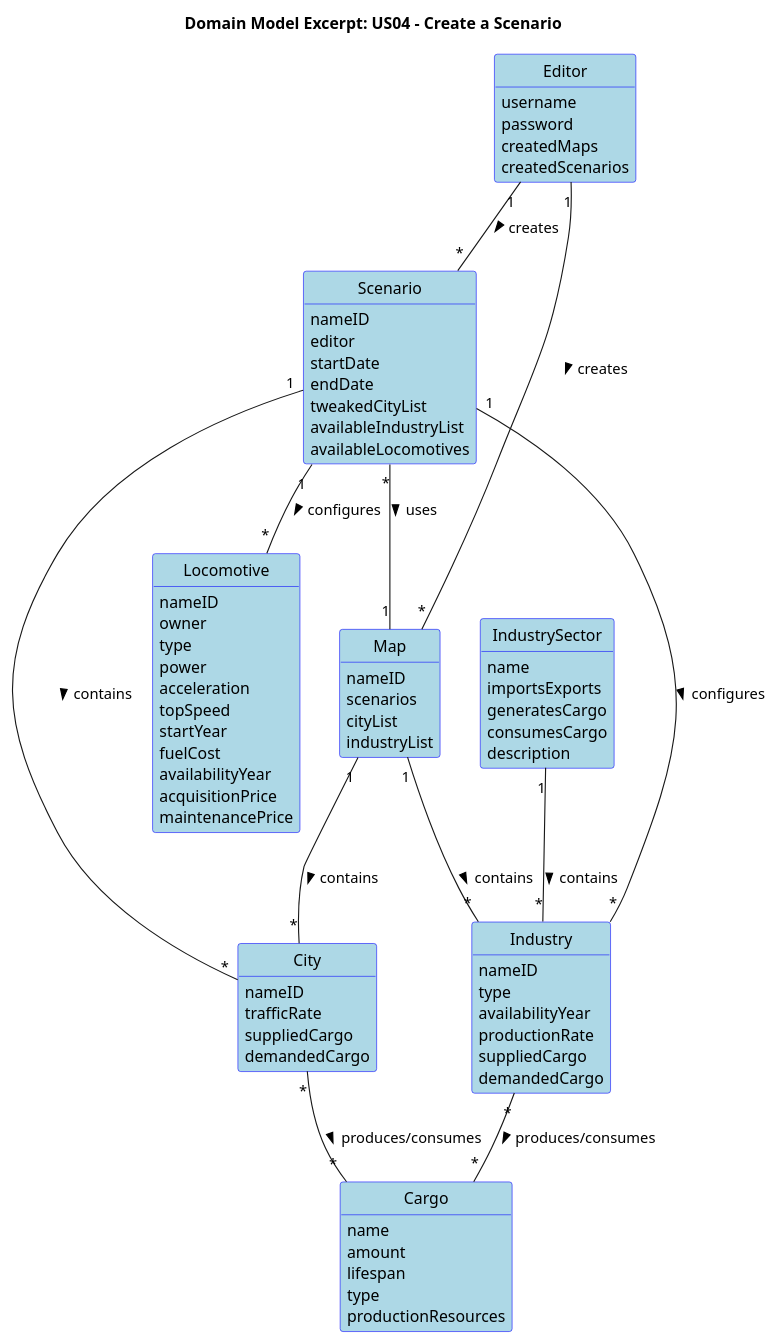
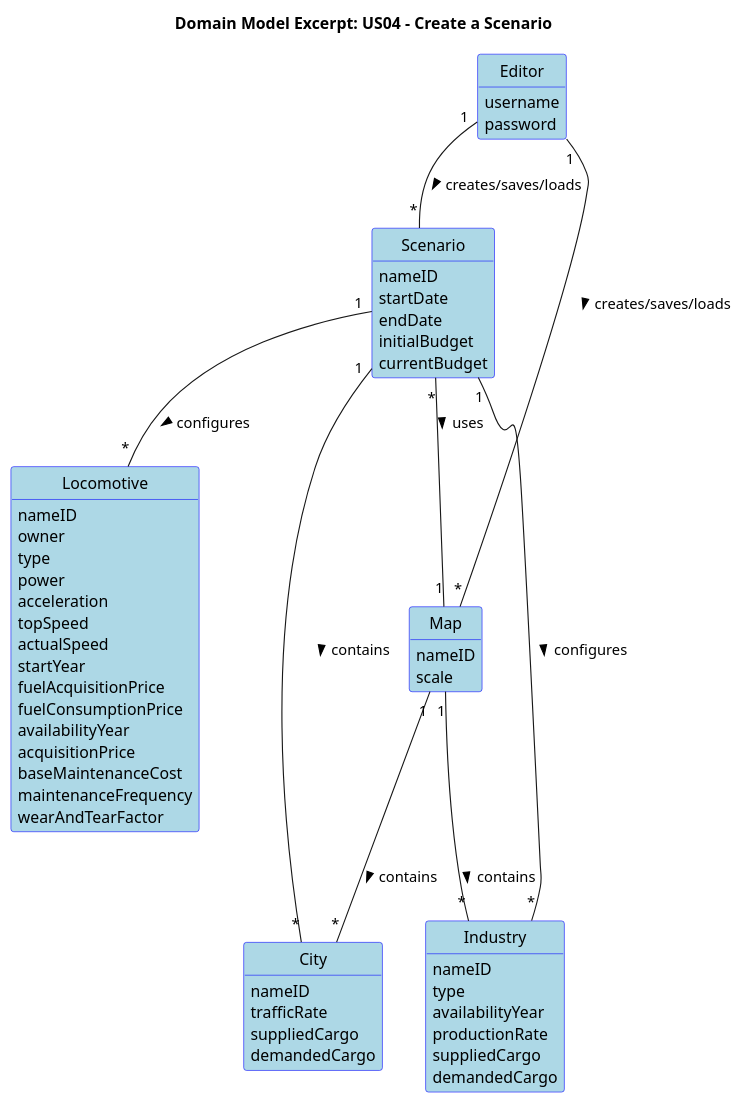
Before and after one commit to HenriqueSilva18/Railway-Network-Simulator: the diagram in docs/system-documentation/Sprint 3/US04/02.analysis/puml/US04-DM.puml, drawn with PlantUML. The commit also changed 43 other files, not shown here.

```diff
--- a/docs/system-documentation/Sprint 3/US04/02.analysis/puml/US04-DM.puml
+++ b/docs/system-documentation/Sprint 3/US04/02.analysis/puml/US04-DM.puml
@@ -1,99 +1,78 @@
 @startuml
 skinparam shadowing false
 skinparam classAttributeIconSize 0
 skinparam class {
   BackgroundColor LightBlue
   BorderColor Blue
 }
 skinparam enum {
   BackgroundColor LightBlue
   BorderColor Blue
 }
 hide circle
 hide methods
 
 title Domain Model Excerpt: US04 - Create a Scenario
 
 class Editor {
   username
   password
-  createdMaps
-  createdScenarios
 }
 
 class Scenario {
   nameID
-  editor
   startDate
   endDate
-  tweakedCityList
-  availableIndustryList
-  availableLocomotives
+  initialBudget
+  currentBudget
 }
 
 class Map {
   nameID
-  scenarios
-  cityList
-  industryList
+  scale
 }
 
 class Industry {
   nameID
   type
   availabilityYear
   productionRate
   suppliedCargo
   demandedCargo
 }
 
-class IndustrySector {
-  name
-  importsExports
-  generatesCargo
-  consumesCargo
-  description
-}
-
-class Cargo {
-  name
-  amount
-  lifespan
-  type
-  productionResources
+class City {
+  nameID
+  trafficRate
+  suppliedCargo
+  demandedCargo
 }
 
 class Locomotive {
   nameID
   owner
   type
   power
   acceleration
   topSpeed
+  actualSpeed
   startYear
-  fuelCost
+  fuelAcquisitionPrice
+  fuelConsumptionPrice
   availabilityYear
   acquisitionPrice
-  maintenancePrice
+  baseMaintenanceCost
+  maintenanceFrequency
+  wearAndTearFactor
 }
 
-class City {
-  nameID
-  trafficRate
-  suppliedCargo
-  demandedCargo
-}
-
-Editor "1" -- "*" Map : creates >
-Editor "1" -- "*" Scenario : creates >
+Editor "1" -- "*" Map : creates/saves/loads >
+Editor "1" -- "*" Scenario : creates/saves/loads >
 Scenario "*" -- "1" Map : uses >
 Map "1" -- "*" Industry : contains >
-Industry "*" -- "*" Cargo : produces/consumes >
 Scenario "1" -- "*" Locomotive : configures >
 Scenario "1" -- "*" Industry : configures >
-City "*" -- "*" Cargo : produces/consumes >
 Map "1" -- "*" City : contains >
 Scenario "1" -- "*" City : contains >
-IndustrySector "1" -- "*" Industry : contains >
 
 @enduml
```
